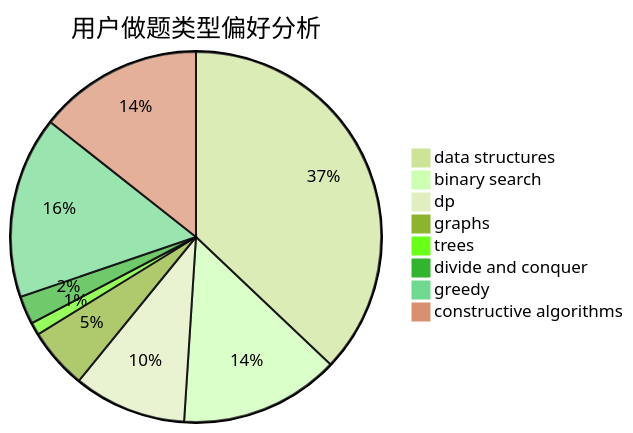
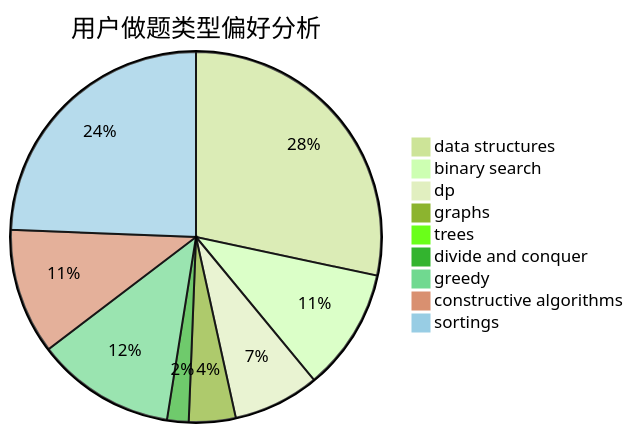
One commit to sherpahu/cfrs.github.io changed the second of 3 diagrams in docs/user/u878.md. Above: the diagram before and after it, drawn with Mermaid (forest theme). The commit also changed other lines of this file and 2769 other files, not shown here.

````diff
--- a/docs/user/u878.md
+++ b/docs/user/u878.md
@@ -23,11 +18,12 @@
 ```mermaid
 pie title 用户做题类型偏好分析
     "data structures" :  271
     "binary search" :  102
     "dp" :  72
     "graphs" :  39
     "trees" :  8
     "divide and conquer" :  18
     "greedy" :  116
     "constructive algorithms" :  105
+    "sortings" :  233
 ```
````
